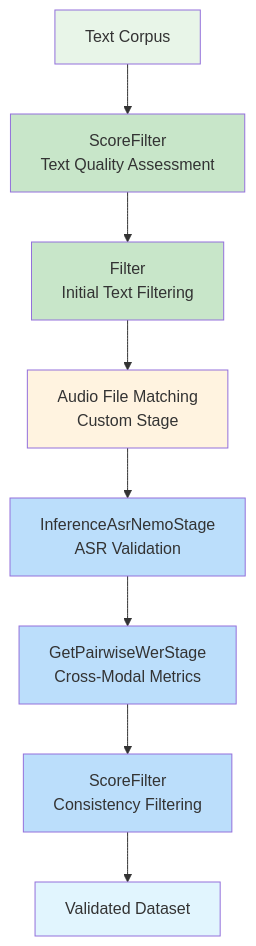
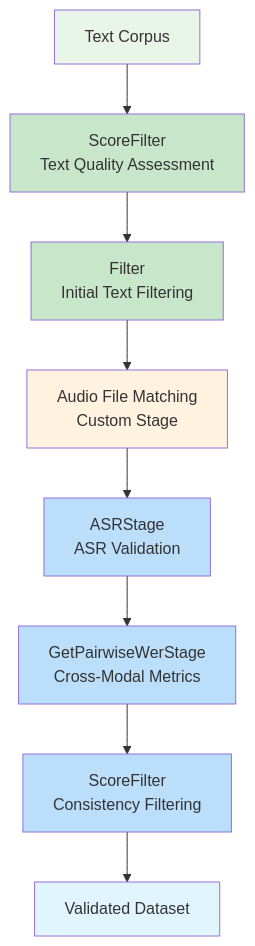
One commit to NVIDIA-NeMo/Curator changed the fourth of 4 diagrams in fern/versions/main/pages/about/concepts/audio/text-integration.mdx. Above: the diagram before and after it, drawn with Mermaid. The commit also changed other lines of this file and 20 other files, not shown here.

````diff
--- a/fern/versions/main/pages/about/concepts/audio/text-integration.mdx
+++ b/fern/versions/main/pages/about/concepts/audio/text-integration.mdx
@@ -135,22 +135,22 @@
 ```mermaid
 flowchart TD
     A[Text Corpus] --> B[ScoreFilter<br/>Text Quality Assessment]
     B --> C[Filter<br/>Initial Text Filtering]
     C --> D[Audio File Matching<br/>Custom Stage]
-    D --> E[InferenceAsrNemoStage<br/>ASR Validation]
+    D --> E[ASRStage<br/>ASR Validation]
     E --> F[GetPairwiseWerStage<br/>Cross-Modal Metrics]
     F --> G[ScoreFilter<br/>Consistency Filtering]
     G --> H[Validated Dataset]
-    
+
     style A fill:#e8f5e8
     style D fill:#fff3e0
     style H fill:#e1f5fe
-    
+
     classDef textStage fill:#c8e6c9
     classDef matchingStage fill:#ffcc02
     classDef audioStage fill:#bbdefb
-    
+
     class B,C textStage
     class D matchingStage
     class E,F,G audioStage
 ```
````
